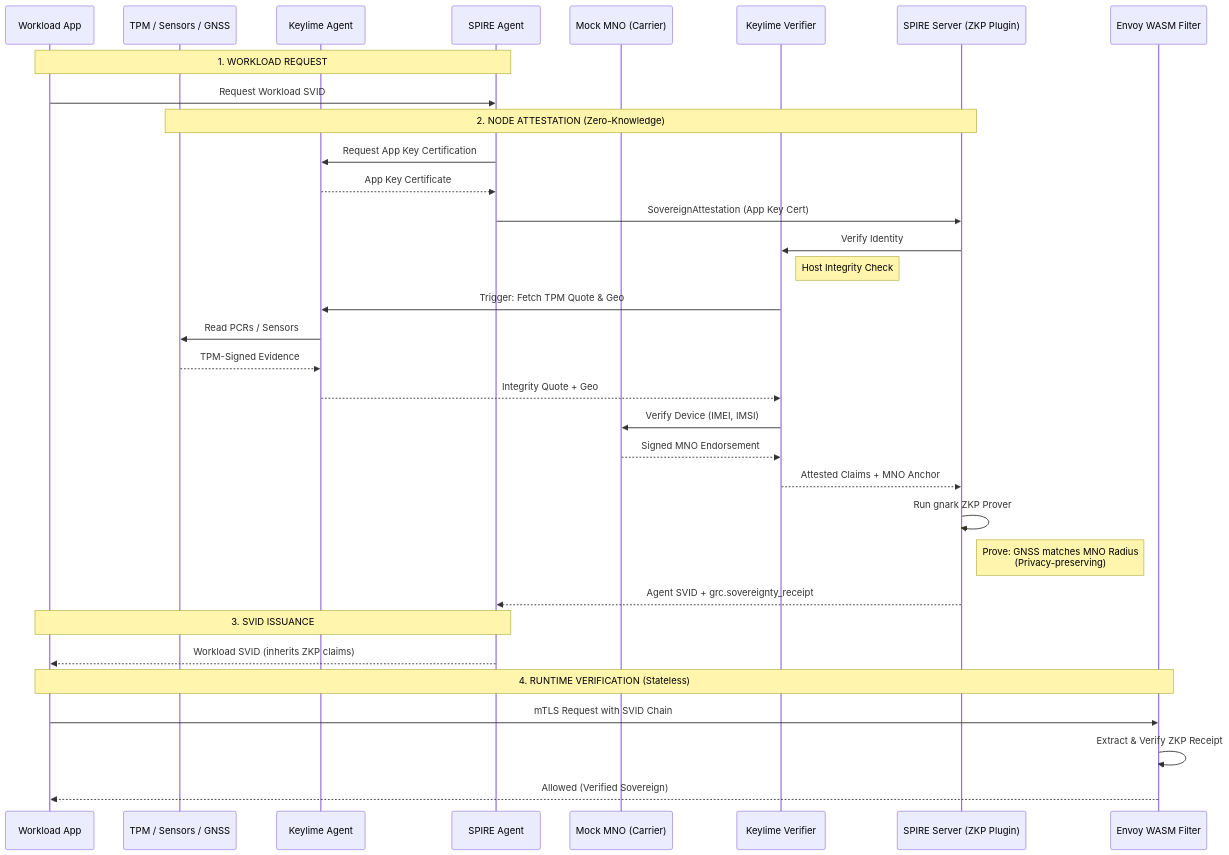
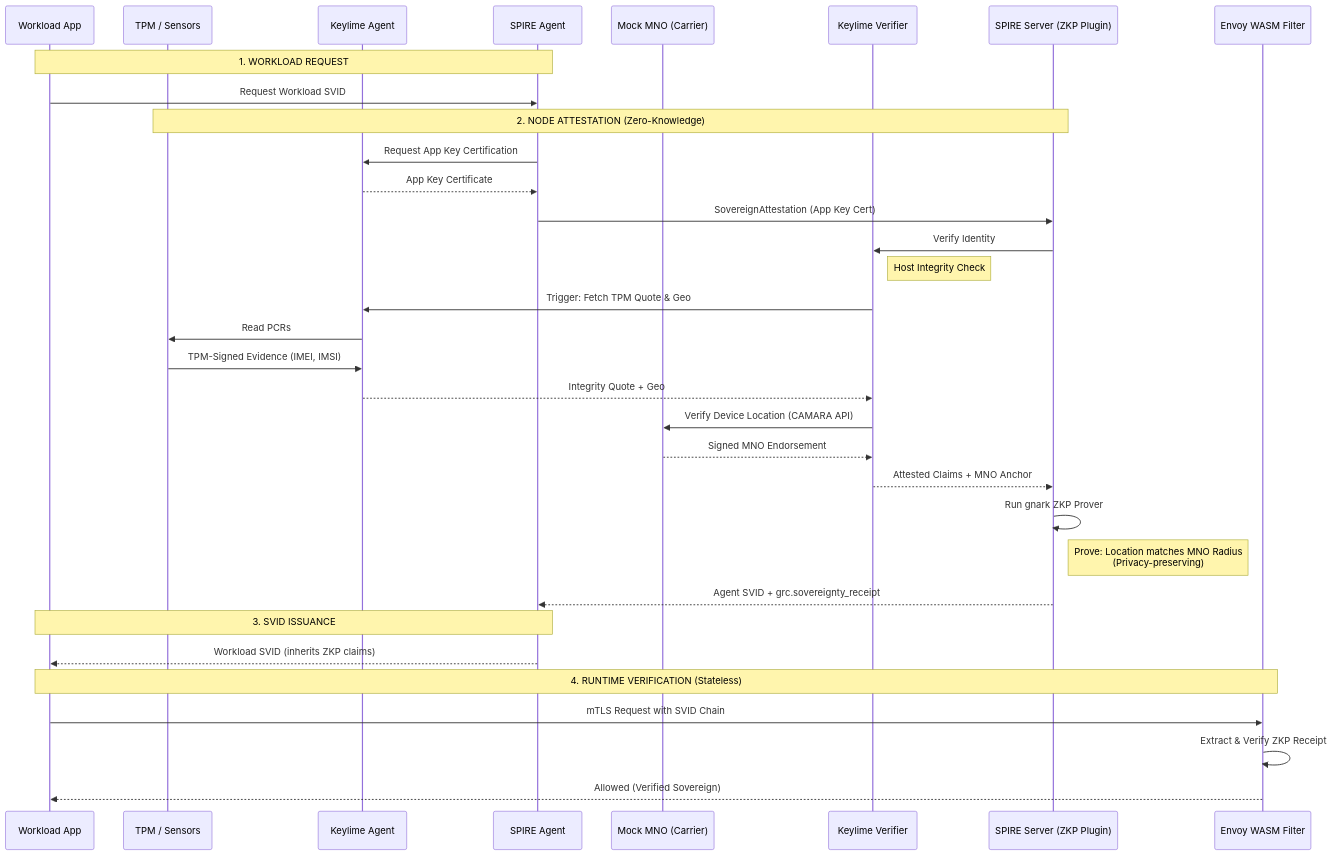
Before and after one commit to lfedgeai/AegisEdgeAI: the diagram in hybrid-cloud-poc/README-arch-sovereign-unified-identity.md, drawn with Mermaid. The commit also changed other lines of this file and 2 other files, not shown here.

Commit message:
refactor: Update Mobile ZKP Architecture and Docs

````diff
--- a/hybrid-cloud-poc/README-arch-sovereign-unified-identity.md
+++ b/hybrid-cloud-poc/README-arch-sovereign-unified-identity.md
@@ -1618,43 +1621,43 @@
 ```mermaid
 sequenceDiagram
     participant Workload as Workload App
-    participant Hardware as TPM / Sensors / GNSS
+    participant Hardware as TPM / Sensors
     participant KAgent as Keylime Agent
     participant Agent as SPIRE Agent
     participant MNO as Mock MNO (Carrier)
     participant Verifier as Keylime Verifier
     participant Server as SPIRE Server (ZKP Plugin)
     participant Envoy as Envoy WASM Filter
 
     Note over Workload, Agent: 1. WORKLOAD REQUEST
     Workload->>Agent: Request Workload SVID
     
     Note over Hardware, Server: 2. NODE ATTESTATION (Zero-Knowledge)
     Agent->>KAgent: Request App Key Certification
     KAgent-->>Agent: App Key Certificate
     Agent->>Server: SovereignAttestation (App Key Cert)
     Server->>Verifier: Verify Identity
     
     Note right of Verifier: Host Integrity Check
     Verifier->>KAgent: Trigger: Fetch TPM Quote & Geo
-    KAgent->>Hardware: Read PCRs / Sensors
-    Hardware-->>KAgent: TPM-Signed Evidence
+    KAgent->>Hardware: Read PCRs
+    Hardware->>KAgent: TPM-Signed Evidence (IMEI, IMSI)
     KAgent-->>Verifier: Integrity Quote + Geo
     
-    Verifier->>MNO: Verify Device (IMEI, IMSI)
+    Verifier->>MNO: Verify Device Location (CAMARA API)
     MNO-->>Verifier: Signed MNO Endorsement
     Verifier-->>Server: Attested Claims + MNO Anchor
     
     Server->>Server: Run gnark ZKP Prover
-    Note right of Server: Prove: GNSS matches MNO Radius<br/>(Privacy-preserving)
+    Note right of Server: Prove: Location matches MNO Radius<br/>(Privacy-preserving)
     
     Server-->>Agent: Agent SVID + grc.sovereignty_receipt
     
     Note over Workload, Agent: 3. SVID ISSUANCE
     Agent-->>Workload: Workload SVID (inherits ZKP claims)
     
     Note over Workload, Envoy: 4. RUNTIME VERIFICATION (Stateless)
     Workload->>Envoy: mTLS Request with SVID Chain
     Envoy->>Envoy: Extract & Verify ZKP Receipt
     Envoy-->>Workload: Allowed (Verified Sovereign)
 ```
````
